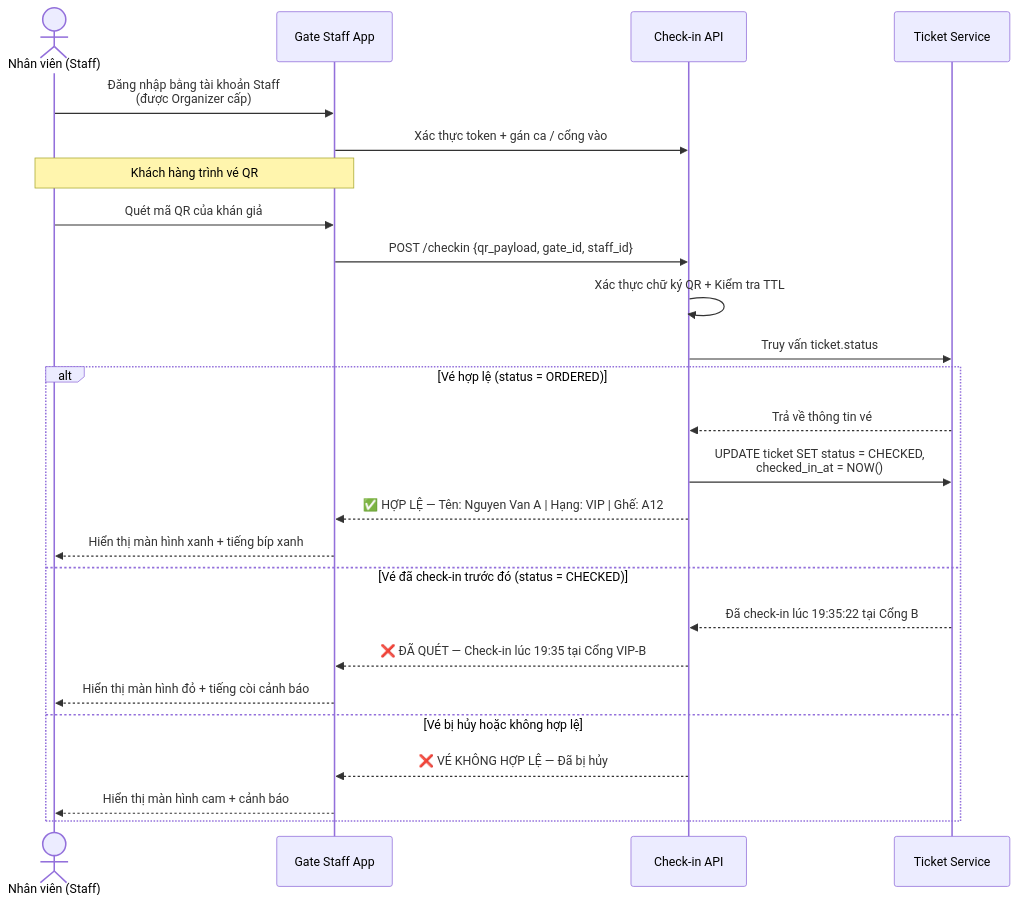
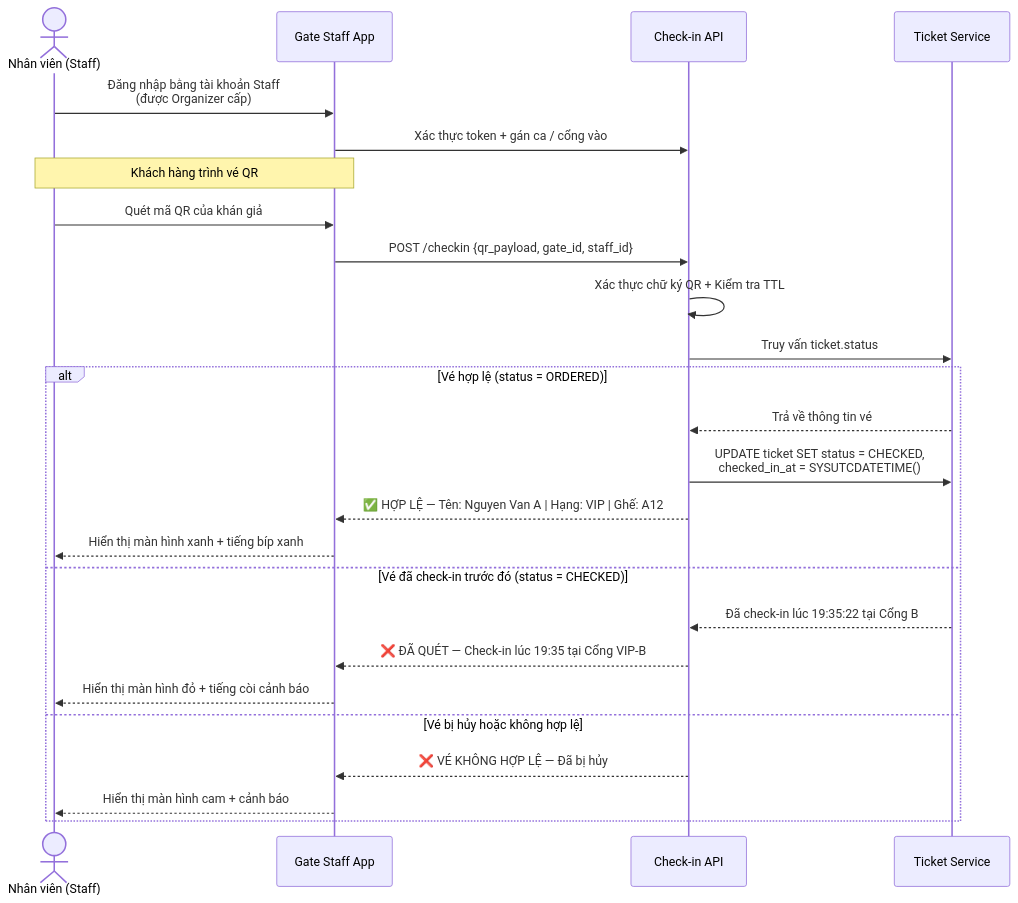
The fourth of 5 diagrams in business-analysis/01_Business_Overview/01_Business_Context_And_System_Scope.md (toanteng11/concert-ticketing-docs), drawn with Mermaid before and after one commit. The commit also changed other lines of this file and 57 other files, not shown here.

````diff
--- a/business-analysis/01_Business_Overview/01_Business_Context_And_System_Scope.md
+++ b/business-analysis/01_Business_Overview/01_Business_Context_And_System_Scope.md
@@ -144,30 +144,30 @@
 ```mermaid
 sequenceDiagram
     actor S as Nhân viên (Staff)
     participant APP as Gate Staff App
     participant API as Check-in API
     participant TK as Ticket Service
 
     S->>APP: Đăng nhập bằng tài khoản Staff<br/>(được Organizer cấp)
     APP->>API: Xác thực token + gán ca / cổng vào
 
     Note over S,APP: Khách hàng trình vé QR
     S->>APP: Quét mã QR của khán giả
     APP->>API: POST /checkin {qr_payload, gate_id, staff_id}
     API->>API: Xác thực chữ ký QR + Kiểm tra TTL
     API->>TK: Truy vấn ticket.status
 
     alt Vé hợp lệ (status = ORDERED)
         TK-->>API: Trả về thông tin vé
-        API->>TK: UPDATE ticket SET status = CHECKED,<br/>checked_in_at = NOW()
+        API->>TK: UPDATE ticket SET status = CHECKED,<br/>checked_in_at = SYSUTCDATETIME()
         API-->>APP: ✅ HỢP LỆ — Tên: Nguyen Van A | Hạng: VIP | Ghế: A12
         APP-->>S: Hiển thị màn hình xanh + tiếng bíp xanh
     else Vé đã check-in trước đó (status = CHECKED)
         TK-->>API: Đã check-in lúc 19:35:22 tại Cổng B
         API-->>APP: ❌ ĐÃ QUÉT — Check-in lúc 19:35 tại Cổng VIP-B
         APP-->>S: Hiển thị màn hình đỏ + tiếng còi cảnh báo
     else Vé bị hủy hoặc không hợp lệ
         API-->>APP: ❌ VÉ KHÔNG HỢP LỆ — Đã bị hủy
         APP-->>S: Hiển thị màn hình cam + cảnh báo
     end
 ```
````
